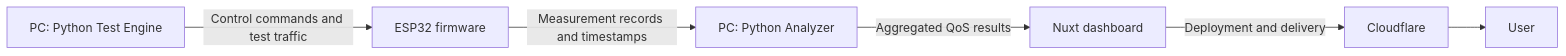
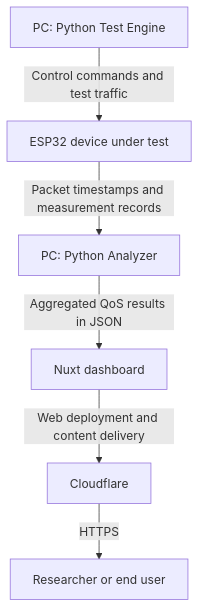
One commit to Niewiaro/ESPy-Nexus changed the diagram in README.md. Above: the diagram before and after it, drawn with Mermaid. The commit also changed other lines of this file, not shown here.

````diff
--- a/README.md
+++ b/README.md
@@ -14,8 +15,8 @@
 ```mermaid
-flowchart LR
-	PC1[PC: Python Test Engine] -->|Control commands and test traffic| ESP32[ESP32 firmware]
-	ESP32 -->|Measurement records and timestamps| PC2[PC: Python Analyzer]
-	PC2 -->|Aggregated QoS results| NUXT[Nuxt dashboard]
-	NUXT -->|Deployment and delivery| CF[Cloudflare]
-	CF --> USER[User]
+flowchart TD
+    A[PC: Python Test Engine] -->|Control commands and test traffic| B[ESP32 device under test]
+    B -->|Packet timestamps and measurement records| C[PC: Python Analyzer]
+    C -->|Aggregated QoS results in JSON| D[Nuxt dashboard]
+    D -->|Web deployment and content delivery| E[Cloudflare]
+    E -->|HTTPS| F[Researcher or end user]
 ```
````
